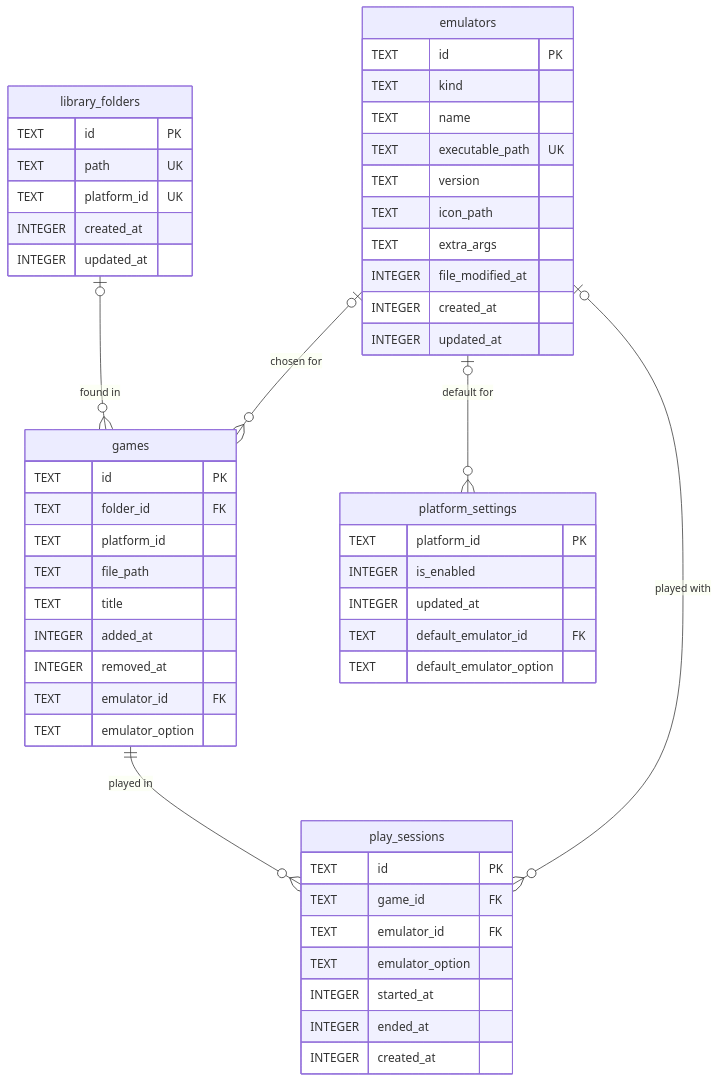
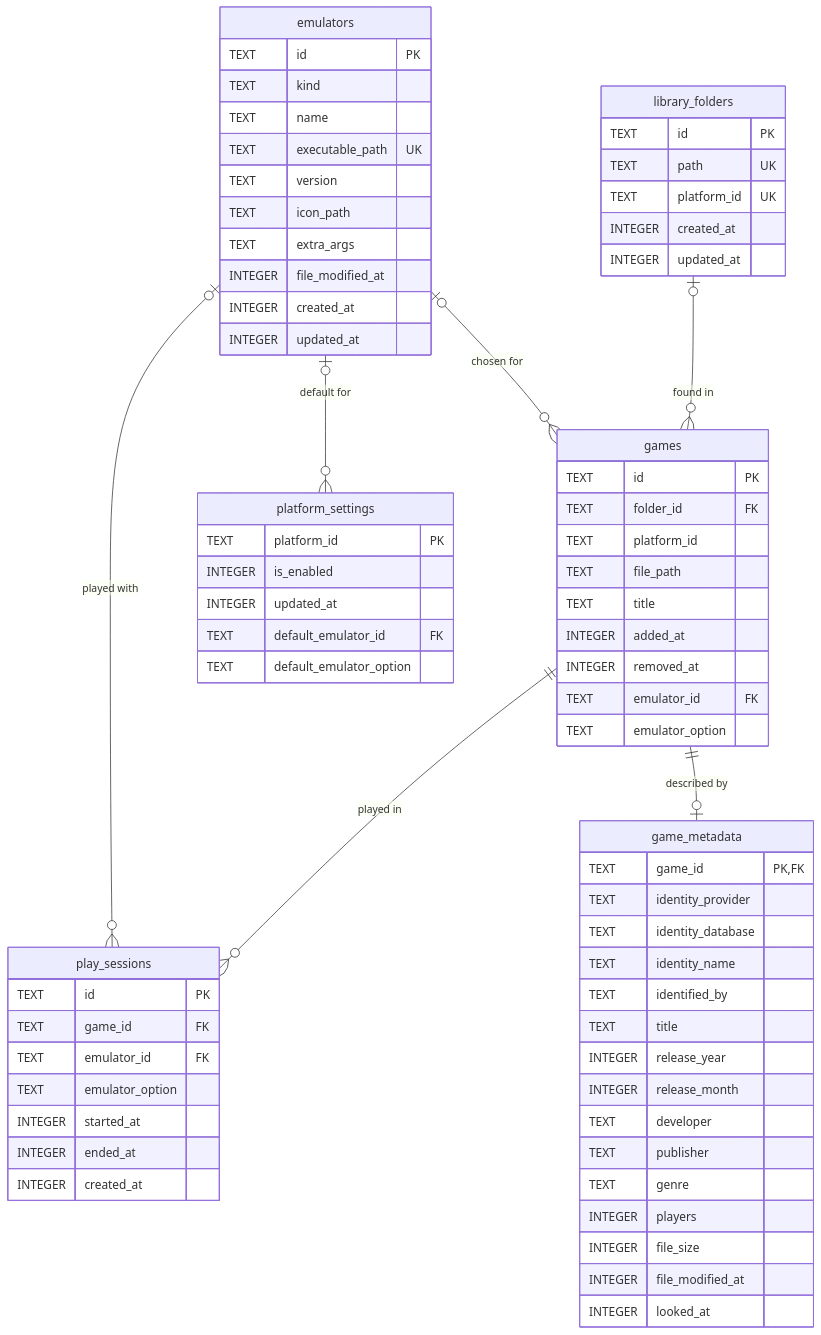
The first of 2 diagrams in DATABASE.md (alexisiba/ilnamiki), drawn with Mermaid before and after one commit. The commit also changed other lines of this file and 22 other files, not shown here.

````diff
--- a/DATABASE.md
+++ b/DATABASE.md
@@ -50,55 +50,73 @@
 ```mermaid
 erDiagram
     library_folders |o--o{ games : "found in"
     games ||--o{ play_sessions : "played in"
     emulators |o--o{ play_sessions : "played with"
     emulators |o--o{ games : "chosen for"
     emulators |o--o{ platform_settings : "default for"
+    games ||--o| game_metadata : "described by"
 
     emulators {
         TEXT id PK
         TEXT kind
         TEXT name
         TEXT executable_path UK
         TEXT version
         TEXT icon_path
         TEXT extra_args
         INTEGER file_modified_at
         INTEGER created_at
         INTEGER updated_at
     }
     library_folders {
         TEXT id PK
         TEXT path UK
         TEXT platform_id UK
         INTEGER created_at
         INTEGER updated_at
     }
     games {
         TEXT id PK
         TEXT folder_id FK
         TEXT platform_id
         TEXT file_path
         TEXT title
         INTEGER added_at
         INTEGER removed_at
         TEXT emulator_id FK
         TEXT emulator_option
     }
     platform_settings {
         TEXT platform_id PK
         INTEGER is_enabled
         INTEGER updated_at
         TEXT default_emulator_id FK
         TEXT default_emulator_option
     }
     play_sessions {
         TEXT id PK
         TEXT game_id FK
         TEXT emulator_id FK
         TEXT emulator_option
         INTEGER started_at
         INTEGER ended_at
         INTEGER created_at
     }
+    game_metadata {
+        TEXT game_id PK, FK
+        TEXT identity_provider
+        TEXT identity_database
+        TEXT identity_name
+        TEXT identified_by
+        TEXT title
+        INTEGER release_year
+        INTEGER release_month
+        TEXT developer
+        TEXT publisher
+        TEXT genre
+        INTEGER players
+        INTEGER file_size
+        INTEGER file_modified_at
+        INTEGER looked_at
+    }
 ```
````
